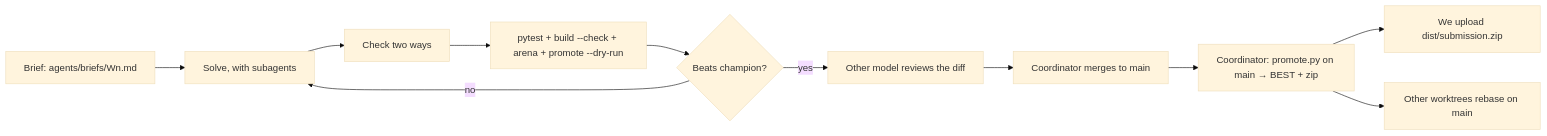
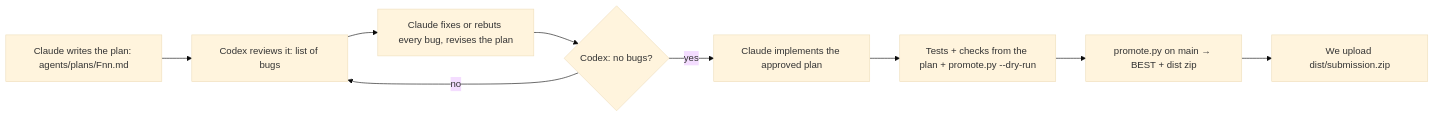
The diagram in agents/README.md (adarshkr7/pokerbot_larpmaxxxin), drawn with Mermaid (base theme) before and after one commit. The commit also changed other lines of this file and 17 other files, not shown here.

First line of the commit message:
Switch to plan -> Codex review -> implement loop; add F01 plan

````diff
--- a/agents/README.md
+++ b/agents/README.md
@@ -49,13 +5,11 @@
 ```mermaid
 flowchart LR
-    brief[Brief: agents/briefs/Wn.md] --> solve[Solve, with subagents]
-    solve --> verify[Check two ways]
-    verify --> measure[pytest + build --check + arena + promote --dry-run]
-    measure --> pass{Beats champion?}
-    pass -- no --> solve
-    pass -- yes --> review[Other model reviews the diff]
-    review --> merge[Coordinator merges to main]
-    merge --> promote[Coordinator: promote.py on main → BEST + zip]
+    plan[Claude writes the plan: agents/plans/Fnn.md] --> review[Codex reviews it: list of bugs]
+    review --> fix[Claude fixes or rebuts every bug, revises the plan]
+    fix --> clean{Codex: no bugs?}
+    clean -- no --> review
+    clean -- yes --> impl[Claude implements the approved plan]
+    impl --> verify[Tests + checks from the plan + promote.py --dry-run]
+    verify --> promote[promote.py on main → BEST + dist zip]
     promote --> upload[We upload dist/submission.zip]
-    promote --> rebase[Other worktrees rebase on main]
 ```
````
